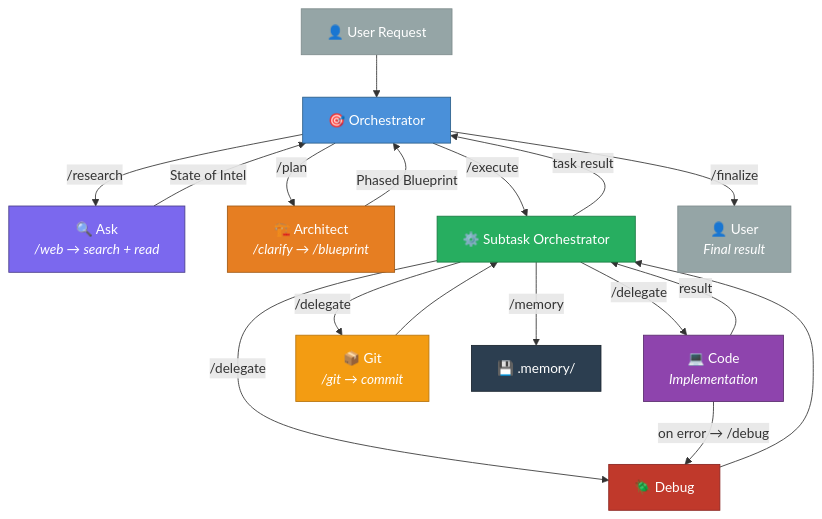
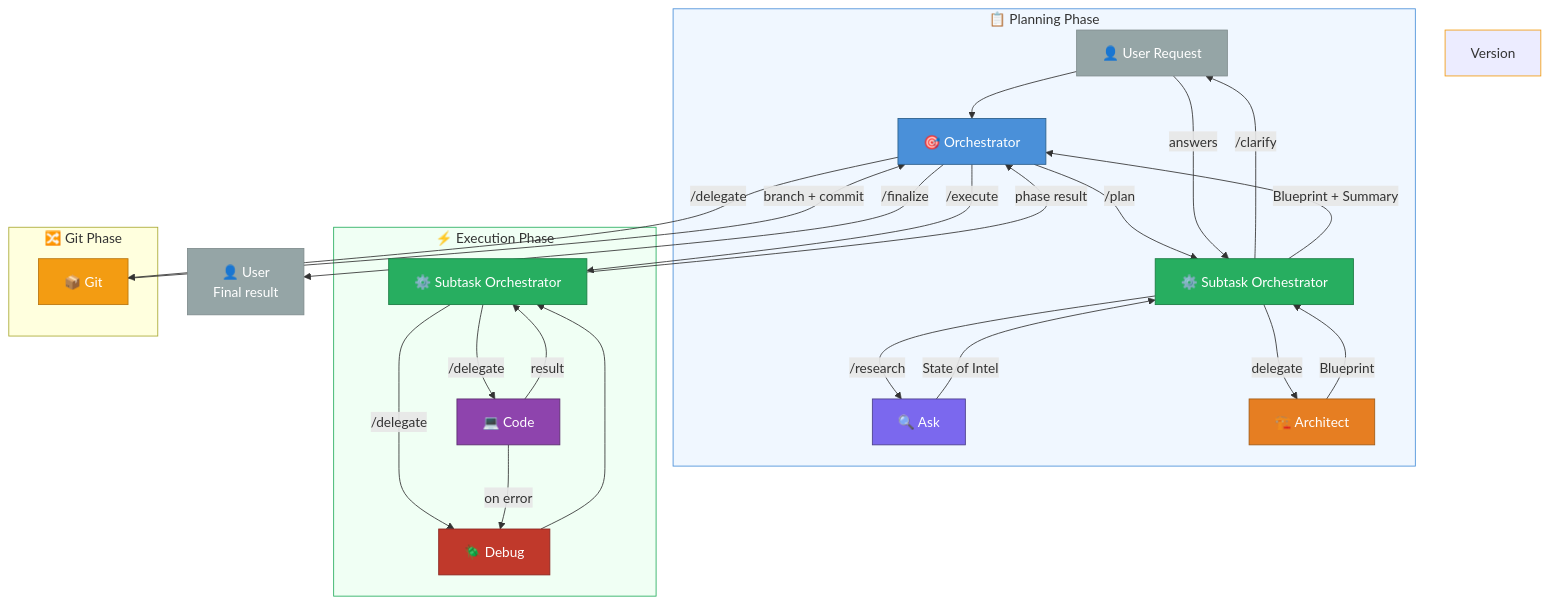
One commit to weselben/RooForge changed the first of 3 diagrams in README.md. Above: the diagram before and after it, drawn with Mermaid. The commit also changed other lines of this file and 12 other files, not shown here.

````diff
--- a/README.md
+++ b/README.md
@@ -40,30 +40,46 @@
 ```mermaid
 flowchart TD
-    User["👤 User Request"] --> O
-    O["🎯 Orchestrator"] -->|"/research"| A
-    A["🔍 Ask<br/><i>/web → search + read</i>"] -->|"State of Intel"| O
-    O -->|"/plan"| AR
-    AR["🏗️ Architect<br/><i>/clarify → /blueprint</i>"] -->|"Phased Blueprint"| O
-    O -->|"/execute"| SO
-    SO["⚙️ Subtask Orchestrator"] -->|"/delegate"| C
-    SO -->|"/delegate"| D["🪲 Debug"]
-    SO -->|"/delegate"| G
-    C["💻 Code<br/><i>Implementation</i>"] -->|"result"| SO
-    C -->|"on error → /debug"| D
-    D --> SO
-    G["📦 Git<br/><i>/git → commit</i>"] --> SO
-    SO -->|"/memory"| M["💾 .memory/"]
-    SO -->|"task result"| O
-    O -->|"/finalize"| User2["👤 User<br/><i>Final result</i>"]
+    User["👤 User Request"] --> O["🎯 Orchestrator"]
+
+    subgraph Planning["📋 Planning Phase"]
+        O -->|"/plan"| SO_P["⚙️ Subtask Orchestrator"]
+        SO_P -->|"/clarify"| User
+        User -->|"answers"| SO_P
+        SO_P -->|"/research"| A["🔍 Ask"]
+        A -->|"State of Intel"| SO_P
+        SO_P -->|"delegate"| AR["🏗️ Architect"]
+        AR -->|"Blueprint"| SO_P
+        SO_P -->|"Blueprint + Summary"| O
+    end
+
+    subgraph Execution["⚡ Execution Phase"]
+        O -->|"/execute"| SO_E["⚙️ Subtask Orchestrator"]
+        SO_E -->|"/delegate"| C["💻 Code"]
+        SO_E -->|"/delegate"| D["🪲 Debug"]
+        C -->|"result"| SO_E
+        C -->|"on error"| D
+        D --> SO_E
+        SO_E -->|"phase result"| O
+    end
+
+    subgraph Version Control["🔀 Git Phase"]
+        O -->|"/delegate"| G["📦 Git"]
+        G -->|"branch + commit"| O
+    end
+
+    O -->|"/finalize"| User2["👤 User<br/>Final result"]
 
     style O fill:#4A90D9,color:#fff,stroke:#2C5F8A
+    style SO_P fill:#27AE60,color:#fff,stroke:#1A7A42
+    style SO_E fill:#27AE60,color:#fff,stroke:#1A7A42
     style A fill:#7B68EE,color:#fff,stroke:#4B3F8A
     style AR fill:#E67E22,color:#fff,stroke:#A05A15
-    style SO fill:#27AE60,color:#fff,stroke:#1A7A42
     style C fill:#8E44AD,color:#fff,stroke:#5B2D6E
     style D fill:#C0392B,color:#fff,stroke:#8A2520
     style G fill:#F39C12,color:#fff,stroke:#B8750E
-    style M fill:#2C3E50,color:#fff,stroke:#1A252F
     style User fill:#95A5A6,color:#fff,stroke:#7F8C8D
     style User2 fill:#95A5A6,color:#fff,stroke:#7F8C8D
+    style Planning fill:#f0f7ff,stroke:#4A90D9,stroke-width:1px,color:#333
+    style Execution fill:#f0fff4,stroke:#27AE60,stroke-width:1px,color:#333
+    style Version Control fill:#fff8f0,stroke:#F39C12,stroke-width:1px,color:#333
 ```
````
